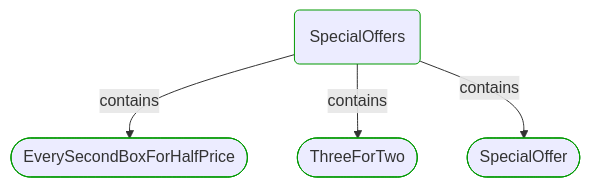
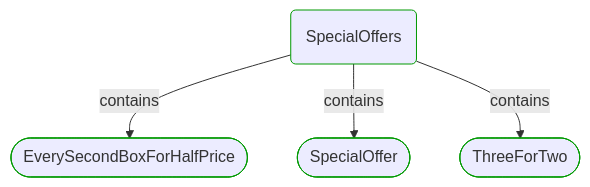
One commit to itlibrium/DDD-starter-dotnet changed the third of 5 diagrams in Docs/P3/MermaidOutput/Modules/Sales/Pricing/SpecialOffers/SpecialOffers.md. Above: the diagram before and after it, drawn with Mermaid. The commit also changed 78 other files, not shown here.

````diff
--- a/Docs/P3/MermaidOutput/Modules/Sales/Pricing/SpecialOffers/SpecialOffers.md
+++ b/Docs/P3/MermaidOutput/Modules/Sales/Pricing/SpecialOffers/SpecialOffers.md
@@ -45,17 +45,17 @@
 ```mermaid
   flowchart TB
     0(SpecialOffers)
     class 0 DomainPerspective
     1([EverySecondBoxForHalfPrice])
     class 1 DomainPerspective
     0-->|contains|1
-    2([ThreeForTwo])
+    2([SpecialOffer])
     class 2 DomainPerspective
     0-->|contains|2
-    3([SpecialOffer])
+    3([ThreeForTwo])
     class 3 DomainPerspective
     0-->|contains|3
     classDef DomainPerspective stroke:#009900
     classDef TechnologyPerspective stroke:#1F41EB
     classDef PeoplePerspective stroke:#FFF014
 ```
````
